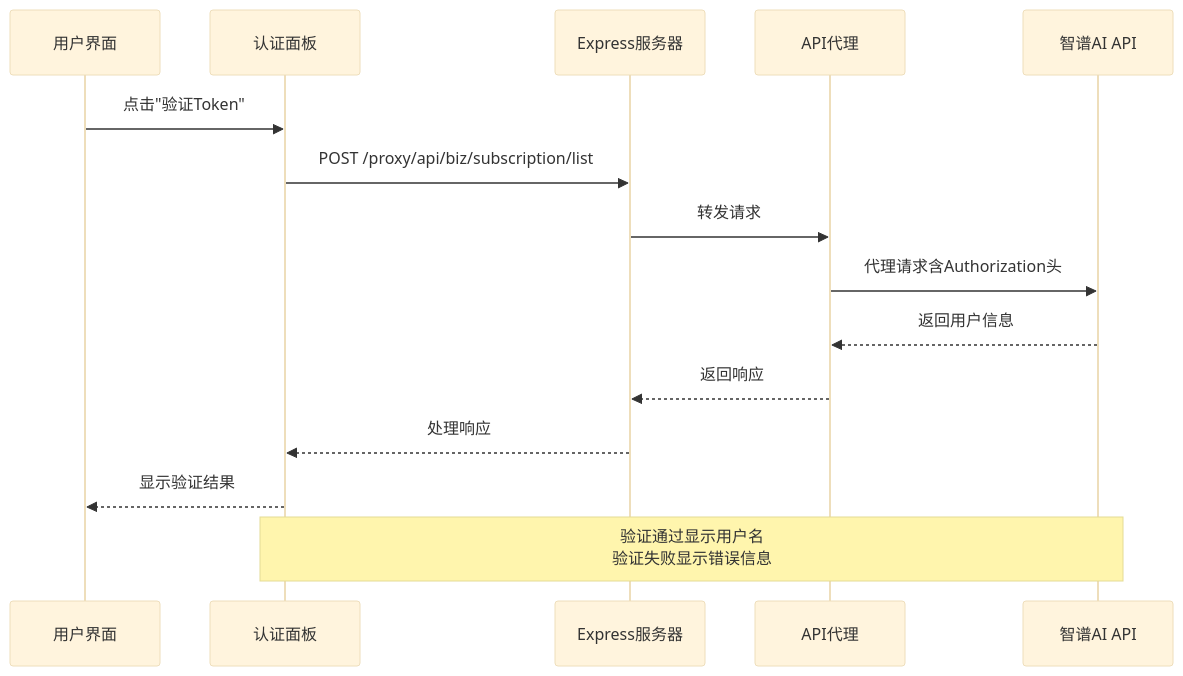
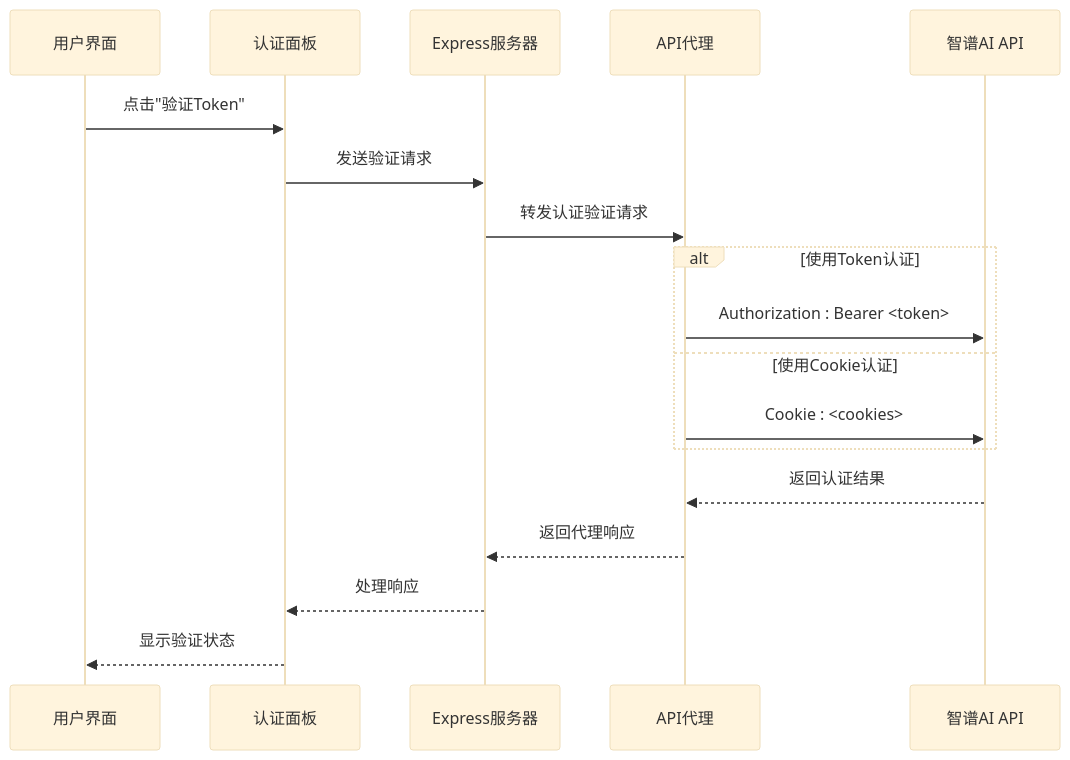
One commit to 16499259-oss/GLM-sniper changed the fourth of 8 diagrams in .qoder/repowiki/zh/content/项目概述/核心功能特性/用户认证管理.md. Above: the diagram before and after it, drawn with Mermaid (base theme). The commit also changed other lines of this file and 9 other files, not shown here.

````diff
--- a/.qoder/repowiki/zh/content/项目概述/核心功能特性/用户认证管理.md
+++ b/.qoder/repowiki/zh/content/项目概述/核心功能特性/用户认证管理.md
@@ -217,17 +147,20 @@
 ```mermaid
 sequenceDiagram
 participant UI as 用户界面
 participant AP as 认证面板
 participant ES as Express服务器
 participant PR as API代理
 participant API as 智谱AI API
 UI->>AP : 点击"验证Token"
-AP->>ES : POST /proxy/api/biz/subscription/list
-ES->>PR : 转发请求
-PR->>API : 代理请求含Authorization头
-API-->>PR : 返回用户信息
-PR-->>ES : 返回响应
+AP->>ES : 发送验证请求
+ES->>PR : 转发认证验证请求
+alt 使用Token认证
+PR->>API : Authorization : Bearer <token>
+else 使用Cookie认证
+PR->>API : Cookie : <cookies>
+end
+API-->>PR : 返回认证结果
+PR-->>ES : 返回代理响应
 ES-->>AP : 处理响应
-AP-->>UI : 显示验证结果
-Note over AP,API : 验证通过显示用户名<br/>验证失败显示错误信息
+AP-->>UI : 显示验证状态
 ```
````
